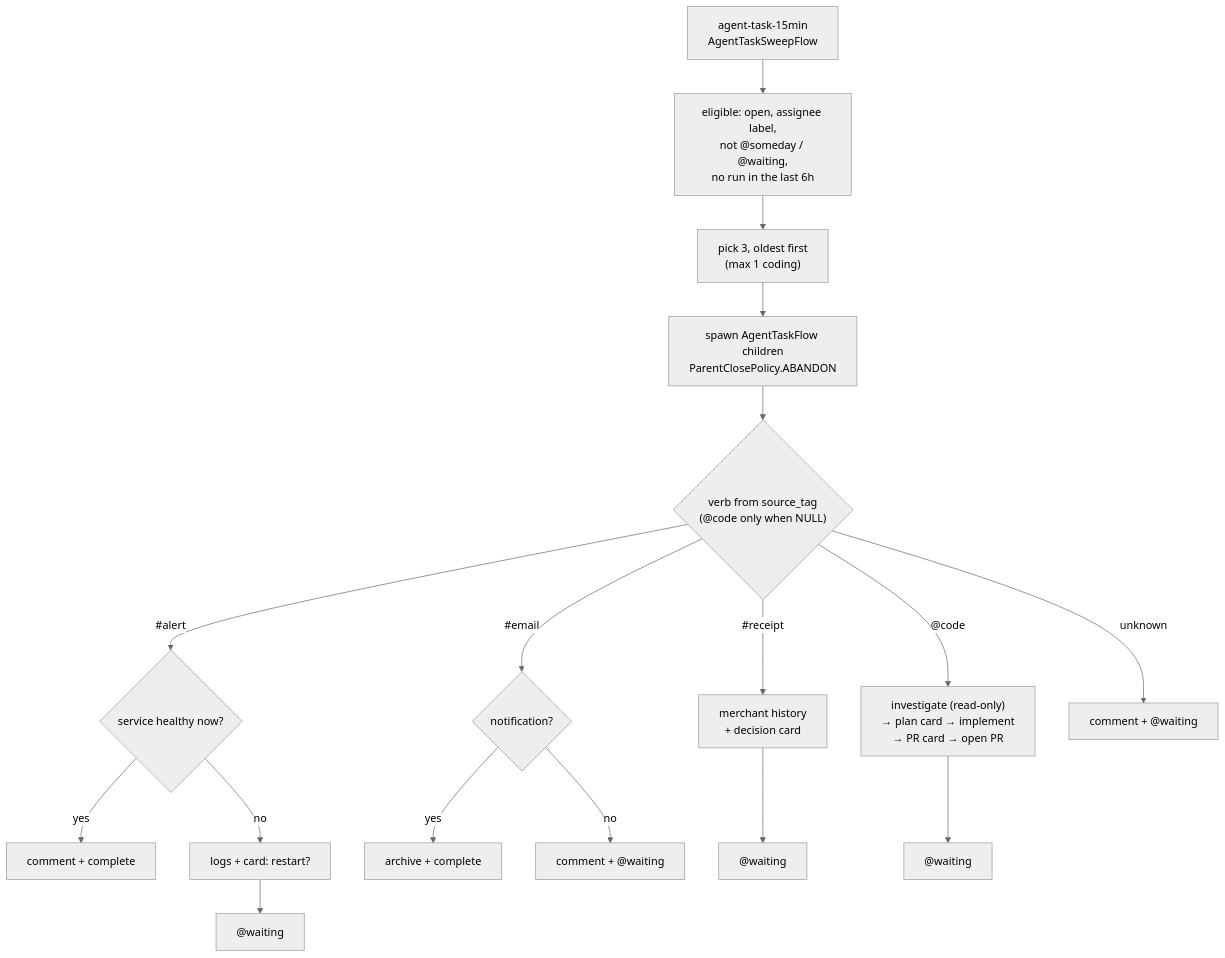
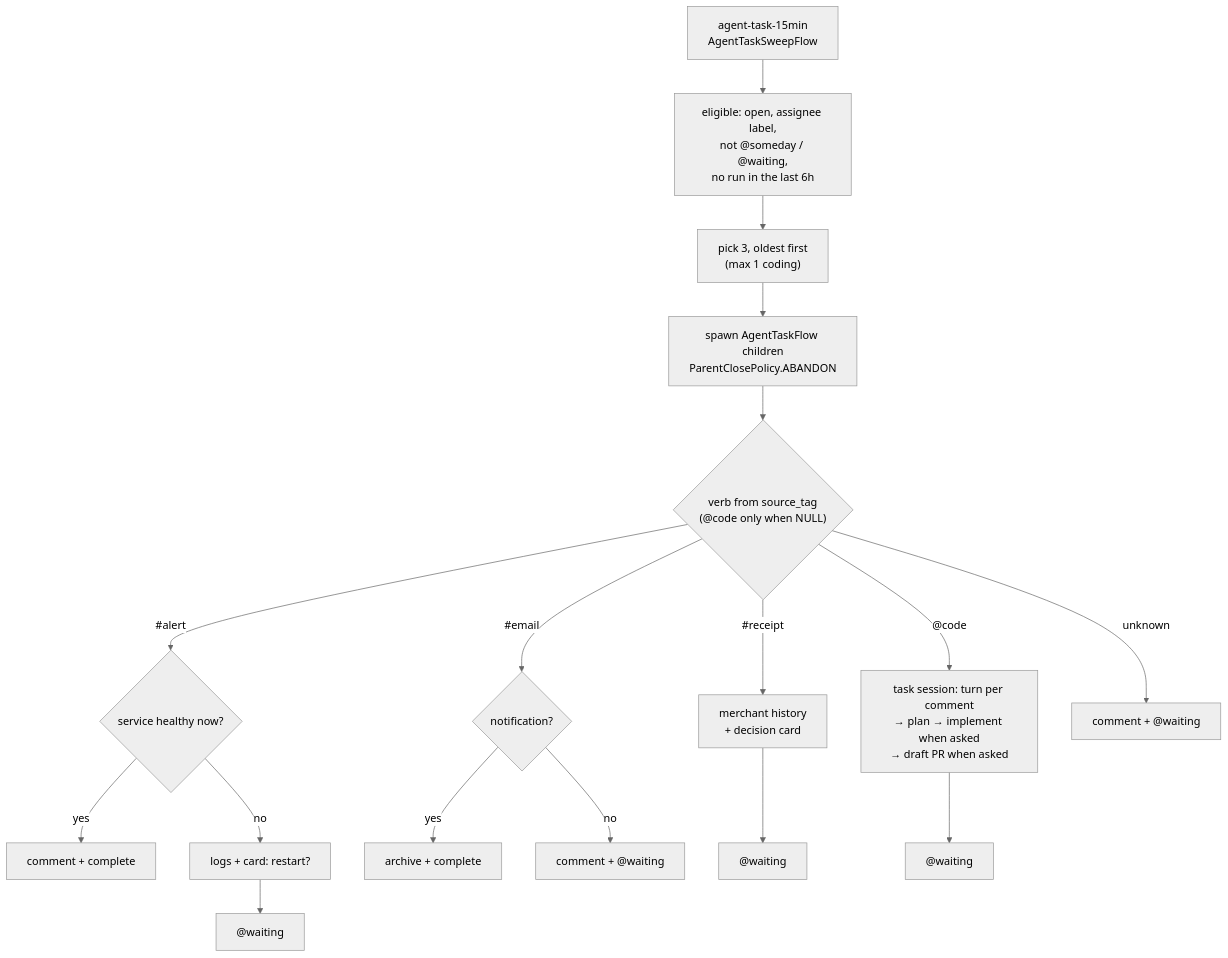
One commit to hikmahtech/aegis changed the first of 2 diagrams in docs/how-it-works.md. Above: the diagram before and after it, drawn with Mermaid (neutral theme). The commit also changed other lines of this file and 28 other files, not shown here.

First line of the commit message:
feat: comment-driven task sessions for the coding lane (#367)

````diff
--- a/docs/how-it-works.md
+++ b/docs/how-it-works.md
@@ -278,16 +278,16 @@
 ```mermaid
 flowchart TD
     S["agent-task-15min<br/>AgentTaskSweepFlow"] --> E["eligible: open, assignee label,<br/>not @someday / @waiting,<br/>no run in the last 6h"]
     E --> P["pick 3, oldest first<br/>(max 1 coding)"]
     P --> C["spawn AgentTaskFlow children<br/>ParentClosePolicy.ABANDON"]
     C --> V{"verb from source_tag<br/>(@code only when NULL)"}
     V -- "#alert" --> IN{"service healthy now?"}
     IN -- yes --> D1["comment + complete"]
     IN -- no --> R1["logs + card: restart?"] --> W1["@waiting"]
     V -- "#email" --> EM{"notification?"}
     EM -- yes --> D2["archive + complete"]
     EM -- no --> W2["comment + @waiting"]
     V -- "#receipt" --> F1["merchant history<br/>+ decision card"] --> W3["@waiting"]
-    V -- "@code" --> K1["investigate (read-only)<br/>→ plan card → implement<br/>→ PR card → open PR"] --> W4["@waiting"]
+    V -- "@code" --> K1["task session: turn per comment<br/>→ plan → implement when asked<br/>→ draft PR when asked"] --> W4["@waiting"]
     V -- unknown --> W5["comment + @waiting"]
 ```
````
